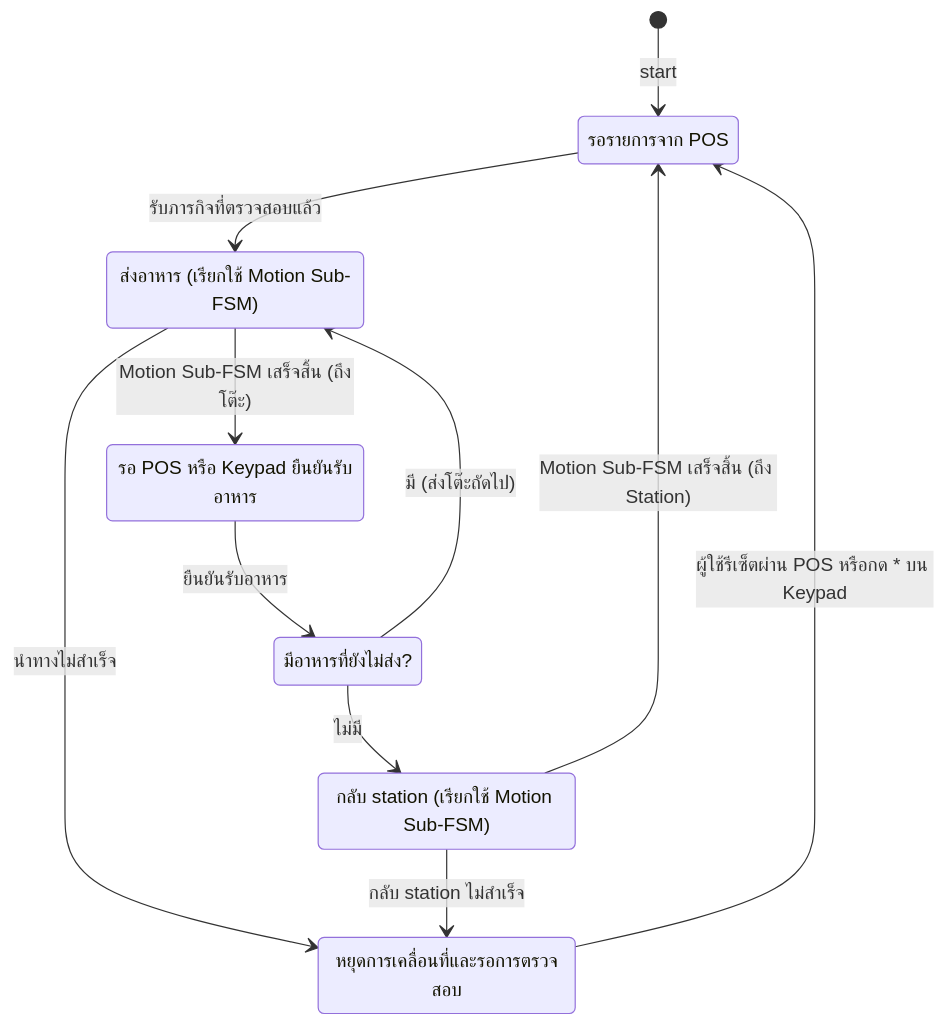
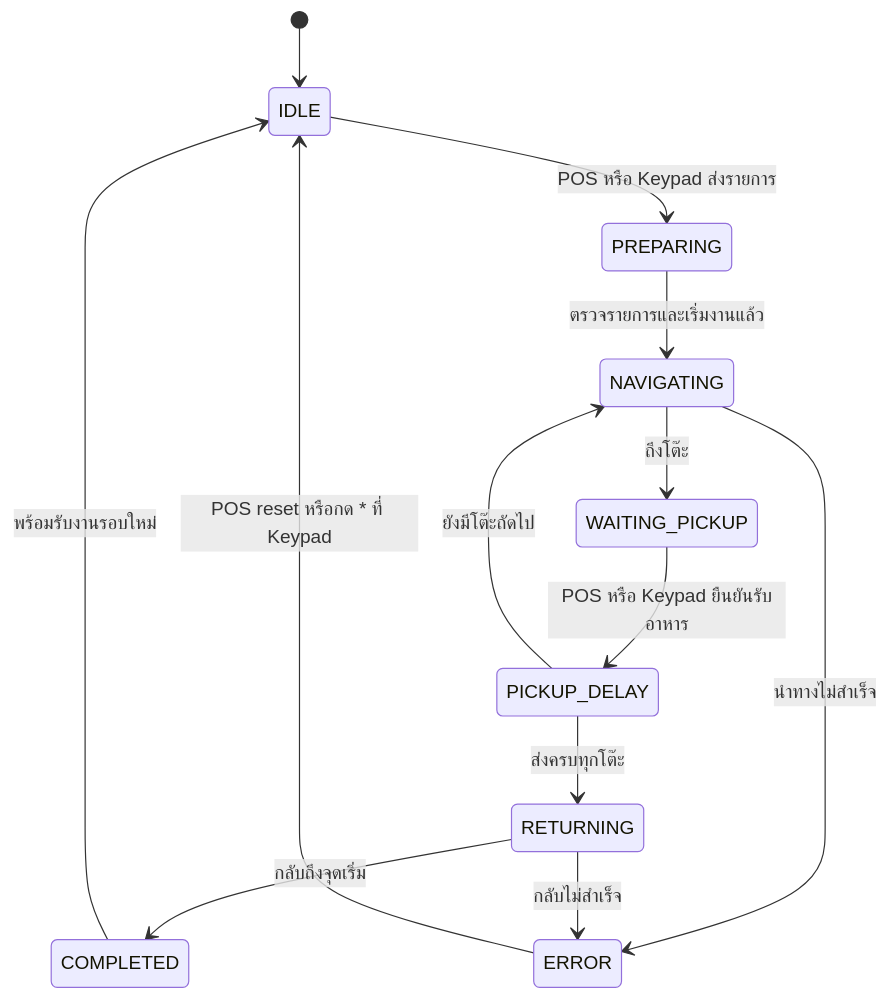
Before and after one commit to AungpaoK/EmbeddedProj: the first of 2 diagrams in docs/FSM.md, drawn with Mermaid. The commit also changed other lines of this file and 6 other files, not shown here.

````diff
--- a/docs/FSM.md
+++ b/docs/FSM.md
@@ -11,21 +7,15 @@
-```mermaid
+~~~mermaid
 stateDiagram-v2
-    [*] --> WaitForPOS: start
-
-    WaitForPOS: รอรายการจาก POS
-    Delivering: ส่งอาหาร (เรียกใช้ Motion Sub-FSM)
-    WaitForPickup: รอ POS หรือ Keypad ยืนยันรับอาหาร
-    CheckRemaining: มีอาหารที่ยังไม่ส่ง?
-    ReturnStation: กลับ station (เรียกใช้ Motion Sub-FSM)
-    Error: หยุดการเคลื่อนที่และรอการตรวจสอบ
-
-    WaitForPOS --> Delivering: รับภารกิจที่ตรวจสอบแล้ว
-    Delivering --> WaitForPickup: Motion Sub-FSM เสร็จสิ้น (ถึงโต๊ะ)
-    Delivering --> Error: นำทางไม่สำเร็จ
-    WaitForPickup --> CheckRemaining: ยืนยันรับอาหาร
-    CheckRemaining --> Delivering: มี (ส่งโต๊ะถัดไป)
-    CheckRemaining --> ReturnStation: ไม่มี
-    ReturnStation --> WaitForPOS: Motion Sub-FSM เสร็จสิ้น (ถึง Station)
-    ReturnStation --> Error: กลับ station ไม่สำเร็จ
-    Error --> WaitForPOS: ผู้ใช้รีเซ็ตผ่าน POS หรือกด * บน Keypad
-```
+    [*] --> IDLE
+    IDLE --> PREPARING: POS หรือ Keypad ส่งรายการ
+    PREPARING --> NAVIGATING: ตรวจรายการและเริ่มงานแล้ว
+    NAVIGATING --> WAITING_PICKUP: ถึงโต๊ะ
+    NAVIGATING --> ERROR: นำทางไม่สำเร็จ
+    WAITING_PICKUP --> PICKUP_DELAY: POS หรือ Keypad ยืนยันรับอาหาร
+    PICKUP_DELAY --> NAVIGATING: ยังมีโต๊ะถัดไป
+    PICKUP_DELAY --> RETURNING: ส่งครบทุกโต๊ะ
+    RETURNING --> COMPLETED: กลับถึงจุดเริ่ม
+    RETURNING --> ERROR: กลับไม่สำเร็จ
+    COMPLETED --> IDLE: พร้อมรับงานรอบใหม่
+    ERROR --> IDLE: POS reset หรือกด * ที่ Keypad
+~~~
````
